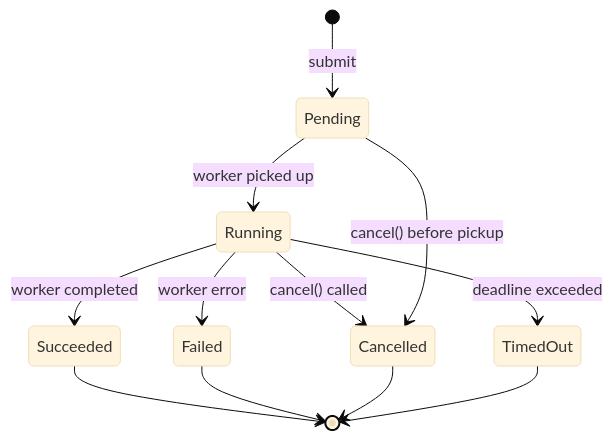
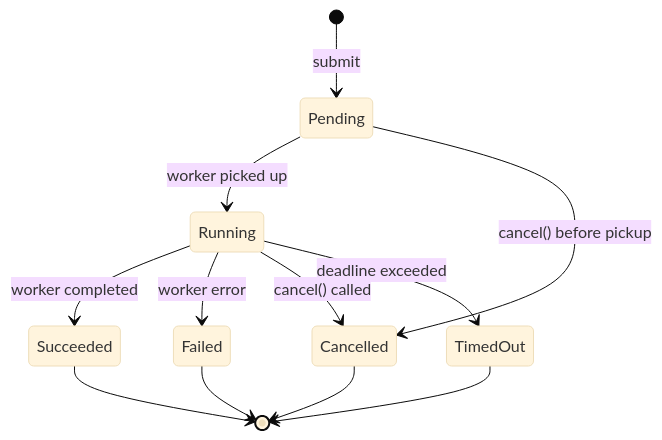
Before and after one commit to farchanjo/substrate: the second of 3 diagrams in docs/arch/adr/0040-async-job-control-plane.md, drawn with Mermaid (base theme). The commit also changed other lines of this file, not shown here.

First line of the commit message:
docs(adr): drop ASCII state diagram from ADR-0040 (Mermaid canonical)

````diff
--- a/docs/arch/adr/0040-async-job-control-plane.md
+++ b/docs/arch/adr/0040-async-job-control-plane.md
@@ -118,14 +96,14 @@
 ```mermaid
 stateDiagram-v2
     [*] --> Pending : submit
     Pending --> Running : worker picked up
+    Pending --> Cancelled : cancel() before pickup
     Running --> Succeeded : worker completed
     Running --> Failed : worker error
     Running --> Cancelled : cancel() called
     Running --> TimedOut : deadline exceeded
-    Pending --> Cancelled : cancel() before pickup
     Succeeded --> [*]
     Failed --> [*]
     Cancelled --> [*]
     TimedOut --> [*]
 ```
````
